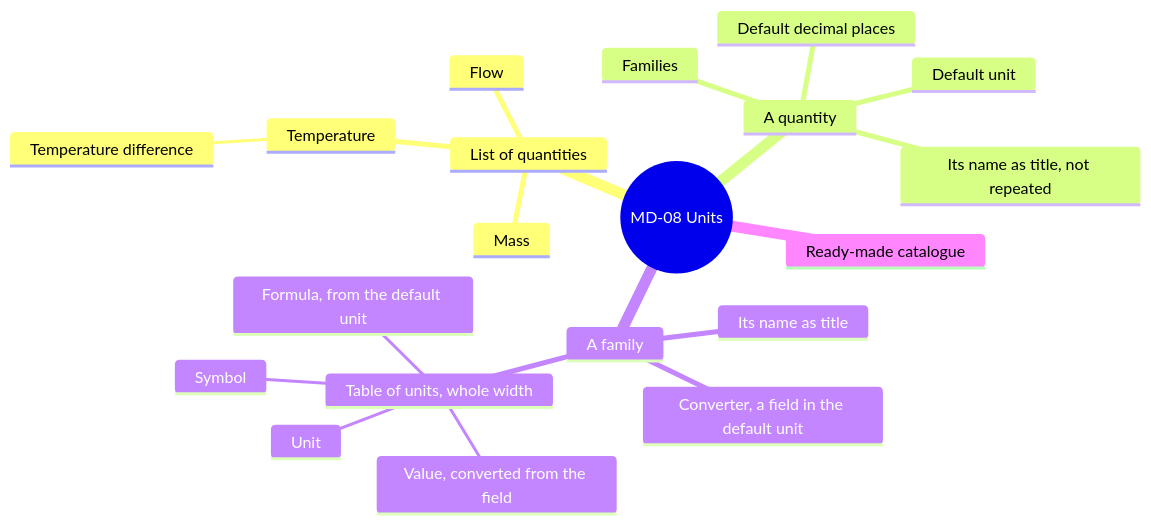
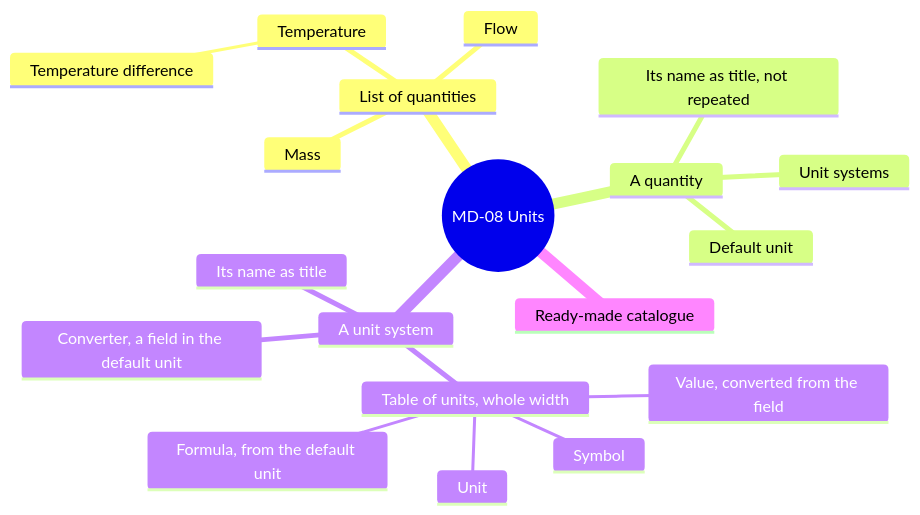
One commit to AlexandreGallais/synoptic-studio-spec changed diagram 14 of 16 in screens/metadata.md. Above: the diagram before and after it, drawn with Mermaid. The commit also changed other lines of this file and 6 other files, not shown here.

````diff
--- a/screens/metadata.md
+++ b/screens/metadata.md
@@ -454,23 +453,22 @@
 ```mermaid
 mindmap
   root((MD-08 Units))
     List of quantities
       Temperature
         Temperature difference
       Mass
       Flow
     A quantity
       Its name as title, not repeated
       Default unit
-      Default decimal places
-      Families
-    A family
+      Unit systems
+    A unit system
       Its name as title
       Converter, a field in the default unit
       Table of units, whole width
         Unit
         Symbol
         Value, converted from the field
         Formula, from the default unit
     Ready-made catalogue
 ```
````
